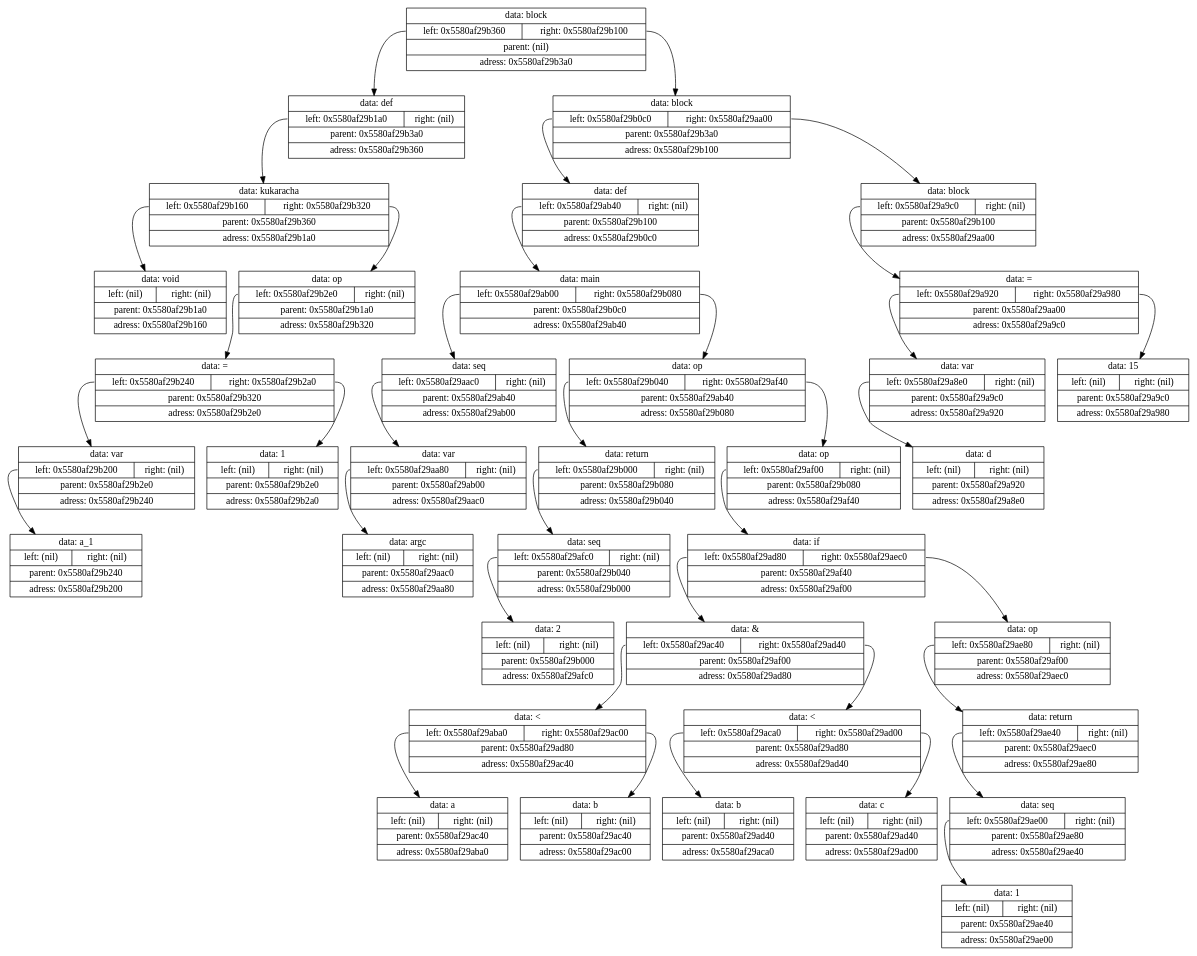
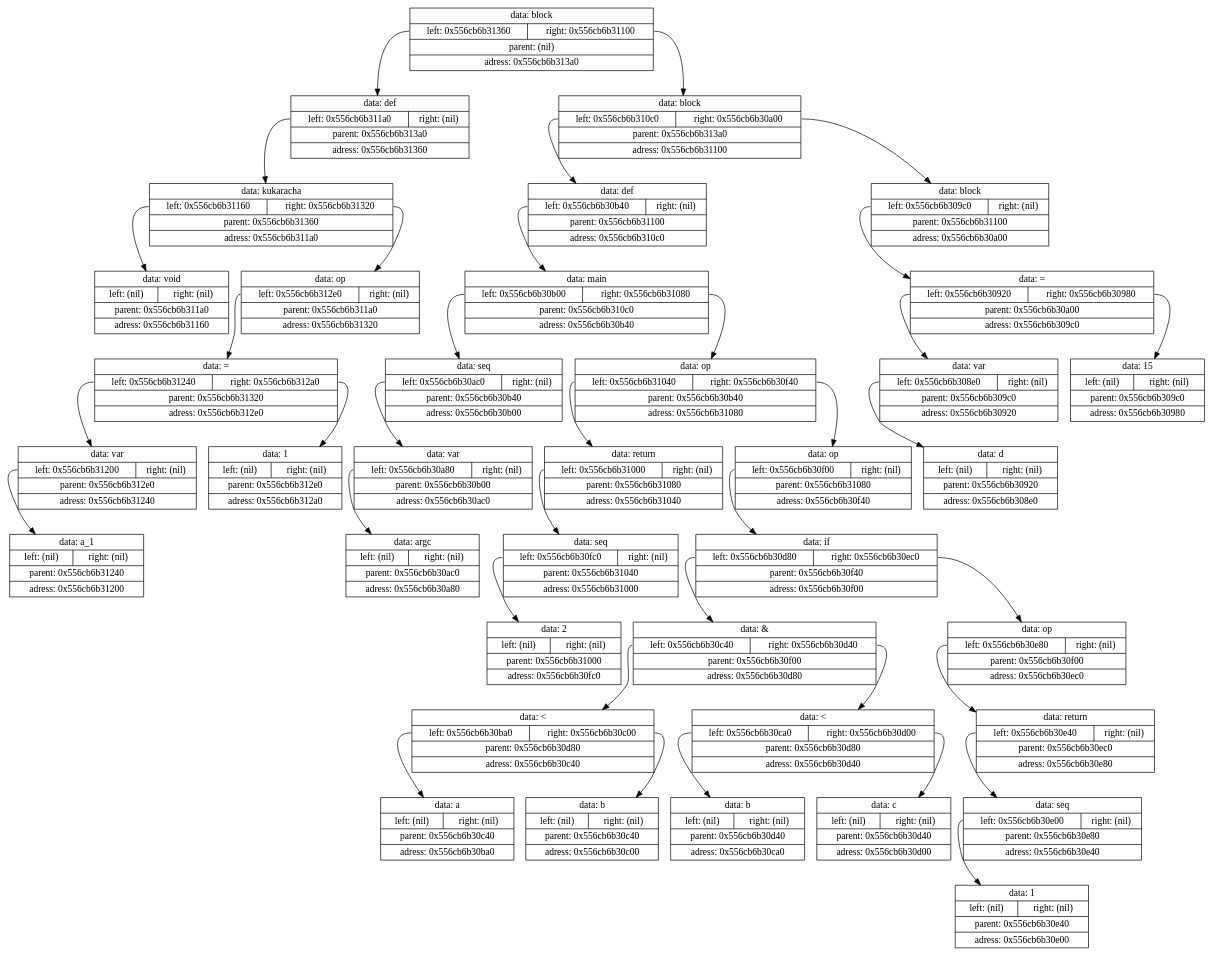
One commit to Shishqa/MIPT_1sem_C_lang changed the diagram in Projects/9.Translator/log/tmp/tempautogeneratedlog.gv. Above: the diagram before and after it, drawn with Graphviz. The commit also changed 5 other files, not shown here.

```diff
--- a/Projects/9.Translator/log/tmp/tempautogeneratedlog.gv
+++ b/Projects/9.Translator/log/tmp/tempautogeneratedlog.gv
@@ -1,77 +1,77 @@
 digraph dump
 {
-	node0x5580af29b3a0 [shape = "record", label = "{<f1>data: block|{<f2>left: 0x5580af29b360|<f3>right: 0x5580af29b100}|<f4>parent: (nil)|<f5>adress: 0x5580af29b3a0}"];
-	node0x5580af29b360 [shape = "record", label = "{<f1>data: def|{<f2>left: 0x5580af29b1a0|<f3>right: (nil)}|<f4>parent: 0x5580af29b3a0|<f5>adress: 0x5580af29b360}"];
-	node0x5580af29b1a0 [shape = "record", label = "{<f1>data: kukaracha|{<f2>left: 0x5580af29b160|<f3>right: 0x5580af29b320}|<f4>parent: 0x5580af29b360|<f5>adress: 0x5580af29b1a0}"];
-	node0x5580af29b160 [shape = "record", label = "{<f1>data: void|{<f2>left: (nil)|<f3>right: (nil)}|<f4>parent: 0x5580af29b1a0|<f5>adress: 0x5580af29b160}"];
-	node0x5580af29b1a0:f2 -> node0x5580af29b160
-	node0x5580af29b320 [shape = "record", label = "{<f1>data: op|{<f2>left: 0x5580af29b2e0|<f3>right: (nil)}|<f4>parent: 0x5580af29b1a0|<f5>adress: 0x5580af29b320}"];
-	node0x5580af29b2e0 [shape = "record", label = "{<f1>data: =|{<f2>left: 0x5580af29b240|<f3>right: 0x5580af29b2a0}|<f4>parent: 0x5580af29b320|<f5>adress: 0x5580af29b2e0}"];
-	node0x5580af29b240 [shape = "record", label = "{<f1>data: var|{<f2>left: 0x5580af29b200|<f3>right: (nil)}|<f4>parent: 0x5580af29b2e0|<f5>adress: 0x5580af29b240}"];
-	node0x5580af29b200 [shape = "record", label = "{<f1>data: a_1|{<f2>left: (nil)|<f3>right: (nil)}|<f4>parent: 0x5580af29b240|<f5>adress: 0x5580af29b200}"];
-	node0x5580af29b240:f2 -> node0x5580af29b200
-	node0x5580af29b2e0:f2 -> node0x5580af29b240
-	node0x5580af29b2a0 [shape = "record", label = "{<f1>data: 1|{<f2>left: (nil)|<f3>right: (nil)}|<f4>parent: 0x5580af29b2e0|<f5>adress: 0x5580af29b2a0}"];
-	node0x5580af29b2e0:f3 -> node0x5580af29b2a0
-	node0x5580af29b320:f2 -> node0x5580af29b2e0
-	node0x5580af29b1a0:f3 -> node0x5580af29b320
-	node0x5580af29b360:f2 -> node0x5580af29b1a0
-	node0x5580af29b3a0:f2 -> node0x5580af29b360
-	node0x5580af29b100 [shape = "record", label = "{<f1>data: block|{<f2>left: 0x5580af29b0c0|<f3>right: 0x5580af29aa00}|<f4>parent: 0x5580af29b3a0|<f5>adress: 0x5580af29b100}"];
-	node0x5580af29b0c0 [shape = "record", label = "{<f1>data: def|{<f2>left: 0x5580af29ab40|<f3>right: (nil)}|<f4>parent: 0x5580af29b100|<f5>adress: 0x5580af29b0c0}"];
-	node0x5580af29ab40 [shape = "record", label = "{<f1>data: main|{<f2>left: 0x5580af29ab00|<f3>right: 0x5580af29b080}|<f4>parent: 0x5580af29b0c0|<f5>adress: 0x5580af29ab40}"];
-	node0x5580af29ab00 [shape = "record", label = "{<f1>data: seq|{<f2>left: 0x5580af29aac0|<f3>right: (nil)}|<f4>parent: 0x5580af29ab40|<f5>adress: 0x5580af29ab00}"];
-	node0x5580af29aac0 [shape = "record", label = "{<f1>data: var|{<f2>left: 0x5580af29aa80|<f3>right: (nil)}|<f4>parent: 0x5580af29ab00|<f5>adress: 0x5580af29aac0}"];
-	node0x5580af29aa80 [shape = "record", label = "{<f1>data: argc|{<f2>left: (nil)|<f3>right: (nil)}|<f4>parent: 0x5580af29aac0|<f5>adress: 0x5580af29aa80}"];
-	node0x5580af29aac0:f2 -> node0x5580af29aa80
-	node0x5580af29ab00:f2 -> node0x5580af29aac0
-	node0x5580af29ab40:f2 -> node0x5580af29ab00
-	node0x5580af29b080 [shape = "record", label = "{<f1>data: op|{<f2>left: 0x5580af29b040|<f3>right: 0x5580af29af40}|<f4>parent: 0x5580af29ab40|<f5>adress: 0x5580af29b080}"];
-	node0x5580af29b040 [shape = "record", label = "{<f1>data: return|{<f2>left: 0x5580af29b000|<f3>right: (nil)}|<f4>parent: 0x5580af29b080|<f5>adress: 0x5580af29b040}"];
-	node0x5580af29b000 [shape = "record", label = "{<f1>data: seq|{<f2>left: 0x5580af29afc0|<f3>right: (nil)}|<f4>parent: 0x5580af29b040|<f5>adress: 0x5580af29b000}"];
-	node0x5580af29afc0 [shape = "record", label = "{<f1>data: 2|{<f2>left: (nil)|<f3>right: (nil)}|<f4>parent: 0x5580af29b000|<f5>adress: 0x5580af29afc0}"];
-	node0x5580af29b000:f2 -> node0x5580af29afc0
-	node0x5580af29b040:f2 -> node0x5580af29b000
-	node0x5580af29b080:f2 -> node0x5580af29b040
-	node0x5580af29af40 [shape = "record", label = "{<f1>data: op|{<f2>left: 0x5580af29af00|<f3>right: (nil)}|<f4>parent: 0x5580af29b080|<f5>adress: 0x5580af29af40}"];
-	node0x5580af29af00 [shape = "record", label = "{<f1>data: if|{<f2>left: 0x5580af29ad80|<f3>right: 0x5580af29aec0}|<f4>parent: 0x5580af29af40|<f5>adress: 0x5580af29af00}"];
-	node0x5580af29ad80 [shape = "record", label = "{<f1>data: &|{<f2>left: 0x5580af29ac40|<f3>right: 0x5580af29ad40}|<f4>parent: 0x5580af29af00|<f5>adress: 0x5580af29ad80}"];
-	node0x5580af29ac40 [shape = "record", label = "{<f1>data: \<|{<f2>left: 0x5580af29aba0|<f3>right: 0x5580af29ac00}|<f4>parent: 0x5580af29ad80|<f5>adress: 0x5580af29ac40}"];
-	node0x5580af29aba0 [shape = "record", label = "{<f1>data: a|{<f2>left: (nil)|<f3>right: (nil)}|<f4>parent: 0x5580af29ac40|<f5>adress: 0x5580af29aba0}"];
-	node0x5580af29ac40:f2 -> node0x5580af29aba0
-	node0x5580af29ac00 [shape = "record", label = "{<f1>data: b|{<f2>left: (nil)|<f3>right: (nil)}|<f4>parent: 0x5580af29ac40|<f5>adress: 0x5580af29ac00}"];
-	node0x5580af29ac40:f3 -> node0x5580af29ac00
-	node0x5580af29ad80:f2 -> node0x5580af29ac40
-	node0x5580af29ad40 [shape = "record", label = "{<f1>data: \<|{<f2>left: 0x5580af29aca0|<f3>right: 0x5580af29ad00}|<f4>parent: 0x5580af29ad80|<f5>adress: 0x5580af29ad40}"];
-	node0x5580af29aca0 [shape = "record", label = "{<f1>data: b|{<f2>left: (nil)|<f3>right: (nil)}|<f4>parent: 0x5580af29ad40|<f5>adress: 0x5580af29aca0}"];
-	node0x5580af29ad40:f2 -> node0x5580af29aca0
-	node0x5580af29ad00 [shape = "record", label = "{<f1>data: c|{<f2>left: (nil)|<f3>right: (nil)}|<f4>parent: 0x5580af29ad40|<f5>adress: 0x5580af29ad00}"];
-	node0x5580af29ad40:f3 -> node0x5580af29ad00
-	node0x5580af29ad80:f3 -> node0x5580af29ad40
-	node0x5580af29af00:f2 -> node0x5580af29ad80
-	node0x5580af29aec0 [shape = "record", label = "{<f1>data: op|{<f2>left: 0x5580af29ae80|<f3>right: (nil)}|<f4>parent: 0x5580af29af00|<f5>adress: 0x5580af29aec0}"];
-	node0x5580af29ae80 [shape = "record", label = "{<f1>data: return|{<f2>left: 0x5580af29ae40|<f3>right: (nil)}|<f4>parent: 0x5580af29aec0|<f5>adress: 0x5580af29ae80}"];
-	node0x5580af29ae40 [shape = "record", label = "{<f1>data: seq|{<f2>left: 0x5580af29ae00|<f3>right: (nil)}|<f4>parent: 0x5580af29ae80|<f5>adress: 0x5580af29ae40}"];
-	node0x5580af29ae00 [shape = "record", label = "{<f1>data: 1|{<f2>left: (nil)|<f3>right: (nil)}|<f4>parent: 0x5580af29ae40|<f5>adress: 0x5580af29ae00}"];
-	node0x5580af29ae40:f2 -> node0x5580af29ae00
-	node0x5580af29ae80:f2 -> node0x5580af29ae40
-	node0x5580af29aec0:f2 -> node0x5580af29ae80
-	node0x5580af29af00:f3 -> node0x5580af29aec0
-	node0x5580af29af40:f2 -> node0x5580af29af00
-	node0x5580af29b080:f3 -> node0x5580af29af40
-	node0x5580af29ab40:f3 -> node0x5580af29b080
-	node0x5580af29b0c0:f2 -> node0x5580af29ab40
-	node0x5580af29b100:f2 -> node0x5580af29b0c0
-	node0x5580af29aa00 [shape = "record", label = "{<f1>data: block|{<f2>left: 0x5580af29a9c0|<f3>right: (nil)}|<f4>parent: 0x5580af29b100|<f5>adress: 0x5580af29aa00}"];
-	node0x5580af29a9c0 [shape = "record", label = "{<f1>data: =|{<f2>left: 0x5580af29a920|<f3>right: 0x5580af29a980}|<f4>parent: 0x5580af29aa00|<f5>adress: 0x5580af29a9c0}"];
-	node0x5580af29a920 [shape = "record", label = "{<f1>data: var|{<f2>left: 0x5580af29a8e0|<f3>right: (nil)}|<f4>parent: 0x5580af29a9c0|<f5>adress: 0x5580af29a920}"];
-	node0x5580af29a8e0 [shape = "record", label = "{<f1>data: d|{<f2>left: (nil)|<f3>right: (nil)}|<f4>parent: 0x5580af29a920|<f5>adress: 0x5580af29a8e0}"];
-	node0x5580af29a920:f2 -> node0x5580af29a8e0
-	node0x5580af29a9c0:f2 -> node0x5580af29a920
-	node0x5580af29a980 [shape = "record", label = "{<f1>data: 15|{<f2>left: (nil)|<f3>right: (nil)}|<f4>parent: 0x5580af29a9c0|<f5>adress: 0x5580af29a980}"];
-	node0x5580af29a9c0:f3 -> node0x5580af29a980
-	node0x5580af29aa00:f2 -> node0x5580af29a9c0
-	node0x5580af29b100:f3 -> node0x5580af29aa00
-	node0x5580af29b3a0:f3 -> node0x5580af29b100
+	node0x556cb6b313a0 [shape = "record", label = "{<f1>data: block|{<f2>left: 0x556cb6b31360|<f3>right: 0x556cb6b31100}|<f4>parent: (nil)|<f5>adress: 0x556cb6b313a0}"];
+	node0x556cb6b31360 [shape = "record", label = "{<f1>data: def|{<f2>left: 0x556cb6b311a0|<f3>right: (nil)}|<f4>parent: 0x556cb6b313a0|<f5>adress: 0x556cb6b31360}"];
+	node0x556cb6b311a0 [shape = "record", label = "{<f1>data: kukaracha|{<f2>left: 0x556cb6b31160|<f3>right: 0x556cb6b31320}|<f4>parent: 0x556cb6b31360|<f5>adress: 0x556cb6b311a0}"];
+	node0x556cb6b31160 [shape = "record", label = "{<f1>data: void|{<f2>left: (nil)|<f3>right: (nil)}|<f4>parent: 0x556cb6b311a0|<f5>adress: 0x556cb6b31160}"];
+	node0x556cb6b311a0:f2 -> node0x556cb6b31160
+	node0x556cb6b31320 [shape = "record", label = "{<f1>data: op|{<f2>left: 0x556cb6b312e0|<f3>right: (nil)}|<f4>parent: 0x556cb6b311a0|<f5>adress: 0x556cb6b31320}"];
+	node0x556cb6b312e0 [shape = "record", label = "{<f1>data: =|{<f2>left: 0x556cb6b31240|<f3>right: 0x556cb6b312a0}|<f4>parent: 0x556cb6b31320|<f5>adress: 0x556cb6b312e0}"];
+	node0x556cb6b31240 [shape = "record", label = "{<f1>data: var|{<f2>left: 0x556cb6b31200|<f3>right: (nil)}|<f4>parent: 0x556cb6b312e0|<f5>adress: 0x556cb6b31240}"];
+	node0x556cb6b31200 [shape = "record", label = "{<f1>data: a_1|{<f2>left: (nil)|<f3>right: (nil)}|<f4>parent: 0x556cb6b31240|<f5>adress: 0x556cb6b31200}"];
+	node0x556cb6b31240:f2 -> node0x556cb6b31200
+	node0x556cb6b312e0:f2 -> node0x556cb6b31240
+	node0x556cb6b312a0 [shape = "record", label = "{<f1>data: 1|{<f2>left: (nil)|<f3>right: (nil)}|<f4>parent: 0x556cb6b312e0|<f5>adress: 0x556cb6b312a0}"];
+	node0x556cb6b312e0:f3 -> node0x556cb6b312a0
+	node0x556cb6b31320:f2 -> node0x556cb6b312e0
+	node0x556cb6b311a0:f3 -> node0x556cb6b31320
+	node0x556cb6b31360:f2 -> node0x556cb6b311a0
+	node0x556cb6b313a0:f2 -> node0x556cb6b31360
+	node0x556cb6b31100 [shape = "record", label = "{<f1>data: block|{<f2>left: 0x556cb6b310c0|<f3>right: 0x556cb6b30a00}|<f4>parent: 0x556cb6b313a0|<f5>adress: 0x556cb6b31100}"];
+	node0x556cb6b310c0 [shape = "record", label = "{<f1>data: def|{<f2>left: 0x556cb6b30b40|<f3>right: (nil)}|<f4>parent: 0x556cb6b31100|<f5>adress: 0x556cb6b310c0}"];
+	node0x556cb6b30b40 [shape = "record", label = "{<f1>data: main|{<f2>left: 0x556cb6b30b00|<f3>right: 0x556cb6b31080}|<f4>parent: 0x556cb6b310c0|<f5>adress: 0x556cb6b30b40}"];
+	node0x556cb6b30b00 [shape = "record", label = "{<f1>data: seq|{<f2>left: 0x556cb6b30ac0|<f3>right: (nil)}|<f4>parent: 0x556cb6b30b40|<f5>adress: 0x556cb6b30b00}"];
+	node0x556cb6b30ac0 [shape = "record", label = "{<f1>data: var|{<f2>left: 0x556cb6b30a80|<f3>right: (nil)}|<f4>parent: 0x556cb6b30b00|<f5>adress: 0x556cb6b30ac0}"];
+	node0x556cb6b30a80 [shape = "record", label = "{<f1>data: argc|{<f2>left: (nil)|<f3>right: (nil)}|<f4>parent: 0x556cb6b30ac0|<f5>adress: 0x556cb6b30a80}"];
+	node0x556cb6b30ac0:f2 -> node0x556cb6b30a80
+	node0x556cb6b30b00:f2 -> node0x556cb6b30ac0
+	node0x556cb6b30b40:f2 -> node0x556cb6b30b00
+	node0x556cb6b31080 [shape = "record", label = "{<f1>data: op|{<f2>left: 0x556cb6b31040|<f3>right: 0x556cb6b30f40}|<f4>parent: 0x556cb6b30b40|<f5>adress: 0x556cb6b31080}"];
+	node0x556cb6b31040 [shape = "record", label = "{<f1>data: return|{<f2>left: 0x556cb6b31000|<f3>right: (nil)}|<f4>parent: 0x556cb6b31080|<f5>adress: 0x556cb6b31040}"];
+	node0x556cb6b31000 [shape = "record", label = "{<f1>data: seq|{<f2>left: 0x556cb6b30fc0|<f3>right: (nil)}|<f4>parent: 0x556cb6b31040|<f5>adress: 0x556cb6b31000}"];
+	node0x556cb6b30fc0 [shape = "record", label = "{<f1>data: 2|{<f2>left: (nil)|<f3>right: (nil)}|<f4>parent: 0x556cb6b31000|<f5>adress: 0x556cb6b30fc0}"];
+	node0x556cb6b31000:f2 -> node0x556cb6b30fc0
+	node0x556cb6b31040:f2 -> node0x556cb6b31000
+	node0x556cb6b31080:f2 -> node0x556cb6b31040
+	node0x556cb6b30f40 [shape = "record", label = "{<f1>data: op|{<f2>left: 0x556cb6b30f00|<f3>right: (nil)}|<f4>parent: 0x556cb6b31080|<f5>adress: 0x556cb6b30f40}"];
+	node0x556cb6b30f00 [shape = "record", label = "{<f1>data: if|{<f2>left: 0x556cb6b30d80|<f3>right: 0x556cb6b30ec0}|<f4>parent: 0x556cb6b30f40|<f5>adress: 0x556cb6b30f00}"];
+	node0x556cb6b30d80 [shape = "record", label = "{<f1>data: &|{<f2>left: 0x556cb6b30c40|<f3>right: 0x556cb6b30d40}|<f4>parent: 0x556cb6b30f00|<f5>adress: 0x556cb6b30d80}"];
+	node0x556cb6b30c40 [shape = "record", label = "{<f1>data: \<|{<f2>left: 0x556cb6b30ba0|<f3>right: 0x556cb6b30c00}|<f4>parent: 0x556cb6b30d80|<f5>adress: 0x556cb6b30c40}"];
+	node0x556cb6b30ba0 [shape = "record", label = "{<f1>data: a|{<f2>left: (nil)|<f3>right: (nil)}|<f4>parent: 0x556cb6b30c40|<f5>adress: 0x556cb6b30ba0}"];
+	node0x556cb6b30c40:f2 -> node0x556cb6b30ba0
+	node0x556cb6b30c00 [shape = "record", label = "{<f1>data: b|{<f2>left: (nil)|<f3>right: (nil)}|<f4>parent: 0x556cb6b30c40|<f5>adress: 0x556cb6b30c00}"];
+	node0x556cb6b30c40:f3 -> node0x556cb6b30c00
+	node0x556cb6b30d80:f2 -> node0x556cb6b30c40
+	node0x556cb6b30d40 [shape = "record", label = "{<f1>data: \<|{<f2>left: 0x556cb6b30ca0|<f3>right: 0x556cb6b30d00}|<f4>parent: 0x556cb6b30d80|<f5>adress: 0x556cb6b30d40}"];
+	node0x556cb6b30ca0 [shape = "record", label = "{<f1>data: b|{<f2>left: (nil)|<f3>right: (nil)}|<f4>parent: 0x556cb6b30d40|<f5>adress: 0x556cb6b30ca0}"];
+	node0x556cb6b30d40:f2 -> node0x556cb6b30ca0
+	node0x556cb6b30d00 [shape = "record", label = "{<f1>data: c|{<f2>left: (nil)|<f3>right: (nil)}|<f4>parent: 0x556cb6b30d40|<f5>adress: 0x556cb6b30d00}"];
+	node0x556cb6b30d40:f3 -> node0x556cb6b30d00
+	node0x556cb6b30d80:f3 -> node0x556cb6b30d40
+	node0x556cb6b30f00:f2 -> node0x556cb6b30d80
+	node0x556cb6b30ec0 [shape = "record", label = "{<f1>data: op|{<f2>left: 0x556cb6b30e80|<f3>right: (nil)}|<f4>parent: 0x556cb6b30f00|<f5>adress: 0x556cb6b30ec0}"];
+	node0x556cb6b30e80 [shape = "record", label = "{<f1>data: return|{<f2>left: 0x556cb6b30e40|<f3>right: (nil)}|<f4>parent: 0x556cb6b30ec0|<f5>adress: 0x556cb6b30e80}"];
+	node0x556cb6b30e40 [shape = "record", label = "{<f1>data: seq|{<f2>left: 0x556cb6b30e00|<f3>right: (nil)}|<f4>parent: 0x556cb6b30e80|<f5>adress: 0x556cb6b30e40}"];
+	node0x556cb6b30e00 [shape = "record", label = "{<f1>data: 1|{<f2>left: (nil)|<f3>right: (nil)}|<f4>parent: 0x556cb6b30e40|<f5>adress: 0x556cb6b30e00}"];
+	node0x556cb6b30e40:f2 -> node0x556cb6b30e00
+	node0x556cb6b30e80:f2 -> node0x556cb6b30e40
+	node0x556cb6b30ec0:f2 -> node0x556cb6b30e80
+	node0x556cb6b30f00:f3 -> node0x556cb6b30ec0
+	node0x556cb6b30f40:f2 -> node0x556cb6b30f00
+	node0x556cb6b31080:f3 -> node0x556cb6b30f40
+	node0x556cb6b30b40:f3 -> node0x556cb6b31080
+	node0x556cb6b310c0:f2 -> node0x556cb6b30b40
+	node0x556cb6b31100:f2 -> node0x556cb6b310c0
+	node0x556cb6b30a00 [shape = "record", label = "{<f1>data: block|{<f2>left: 0x556cb6b309c0|<f3>right: (nil)}|<f4>parent: 0x556cb6b31100|<f5>adress: 0x556cb6b30a00}"];
+	node0x556cb6b309c0 [shape = "record", label = "{<f1>data: =|{<f2>left: 0x556cb6b30920|<f3>right: 0x556cb6b30980}|<f4>parent: 0x556cb6b30a00|<f5>adress: 0x556cb6b309c0}"];
+	node0x556cb6b30920 [shape = "record", label = "{<f1>data: var|{<f2>left: 0x556cb6b308e0|<f3>right: (nil)}|<f4>parent: 0x556cb6b309c0|<f5>adress: 0x556cb6b30920}"];
+	node0x556cb6b308e0 [shape = "record", label = "{<f1>data: d|{<f2>left: (nil)|<f3>right: (nil)}|<f4>parent: 0x556cb6b30920|<f5>adress: 0x556cb6b308e0}"];
+	node0x556cb6b30920:f2 -> node0x556cb6b308e0
+	node0x556cb6b309c0:f2 -> node0x556cb6b30920
+	node0x556cb6b30980 [shape = "record", label = "{<f1>data: 15|{<f2>left: (nil)|<f3>right: (nil)}|<f4>parent: 0x556cb6b309c0|<f5>adress: 0x556cb6b30980}"];
+	node0x556cb6b309c0:f3 -> node0x556cb6b30980
+	node0x556cb6b30a00:f2 -> node0x556cb6b309c0
+	node0x556cb6b31100:f3 -> node0x556cb6b30a00
+	node0x556cb6b313a0:f3 -> node0x556cb6b31100
 
 }
```
